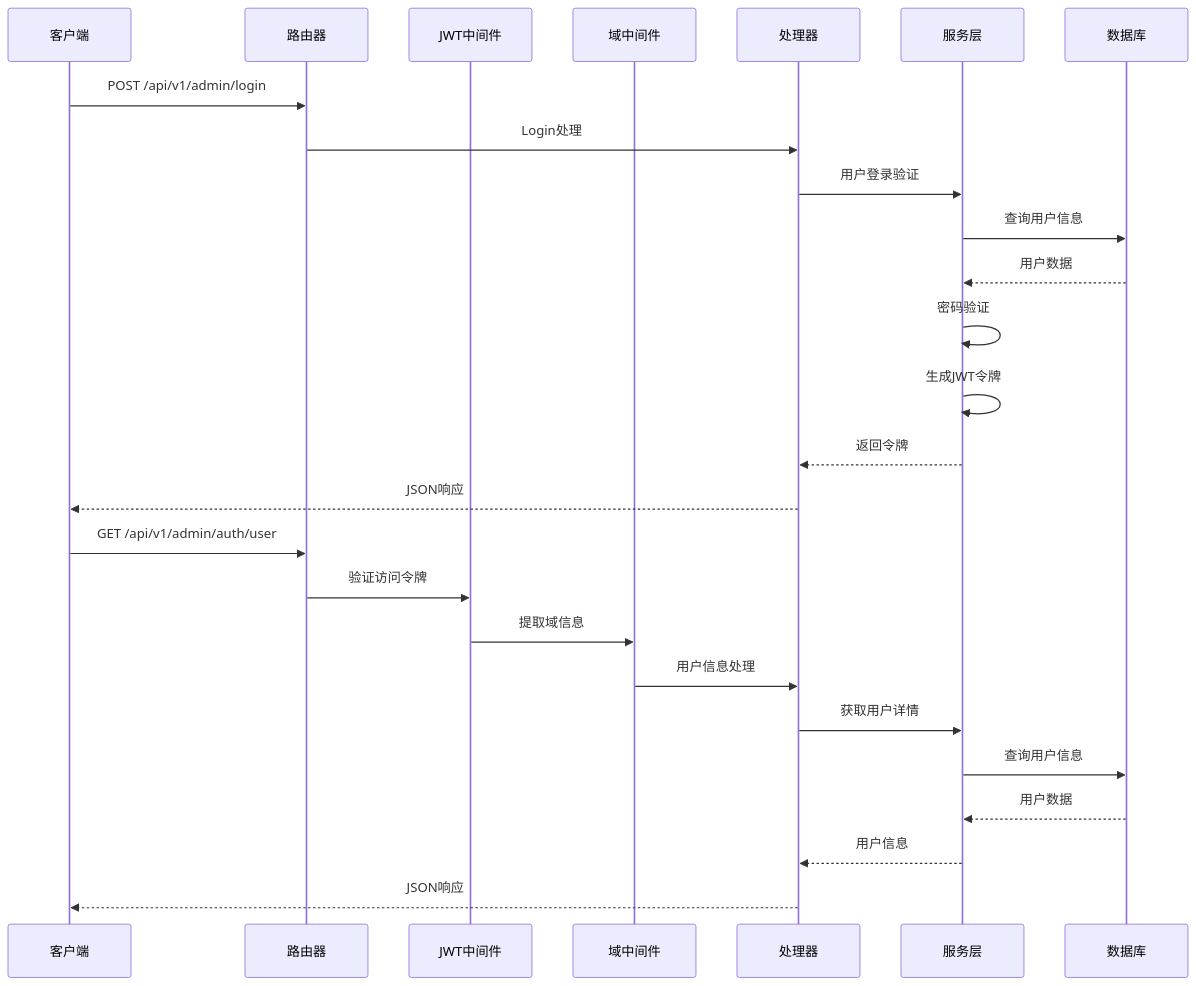
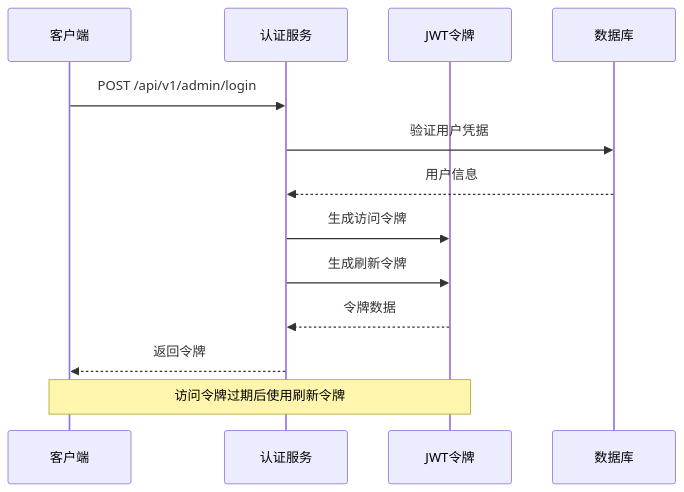
One commit to wuwuseo/e-sports-go-admin changed the second of 6 diagrams in .qoder/repowiki/zh/content/API接口文档/API接口文档.md. Above: the diagram before and after it, drawn with Mermaid. The commit also changed other lines of this file and 141 other files, not shown here.

````diff
--- a/.qoder/repowiki/zh/content/API接口文档/API接口文档.md
+++ b/.qoder/repowiki/zh/content/API接口文档/API接口文档.md
@@ -127,28 +95,15 @@
 ```mermaid
 sequenceDiagram
 participant Client as 客户端
-participant Router as 路由器
-participant JWT as JWT中间件
-participant Domain as 域中间件
-participant Handler as 处理器
-participant Service as 服务层
+participant Auth as 认证服务
+participant JWT as JWT令牌
 participant DB as 数据库
-Client->>Router : POST /api/v1/admin/login
-Router->>Handler : Login处理
-Handler->>Service : 用户登录验证
-Service->>DB : 查询用户信息
-DB-->>Service : 用户数据
-Service->>Service : 密码验证
-Service->>Service : 生成JWT令牌
-Service-->>Handler : 返回令牌
-Handler-->>Client : JSON响应
-Client->>Router : GET /api/v1/admin/auth/user
-Router->>JWT : 验证访问令牌
-JWT->>Domain : 提取域信息
-Domain->>Handler : 用户信息处理
-Handler->>Service : 获取用户详情
-Service->>DB : 查询用户信息
-DB-->>Service : 用户数据
-Service-->>Handler : 用户信息
-Handler-->>Client : JSON响应
+Client->>Auth : POST /api/v1/admin/login
+Auth->>DB : 验证用户凭据
+DB-->>Auth : 用户信息
+Auth->>JWT : 生成访问令牌
+Auth->>JWT : 生成刷新令牌
+JWT-->>Auth : 令牌数据
+Auth-->>Client : 返回令牌
+Note over Client,JWT : 访问令牌过期后使用刷新令牌
 ```
````
